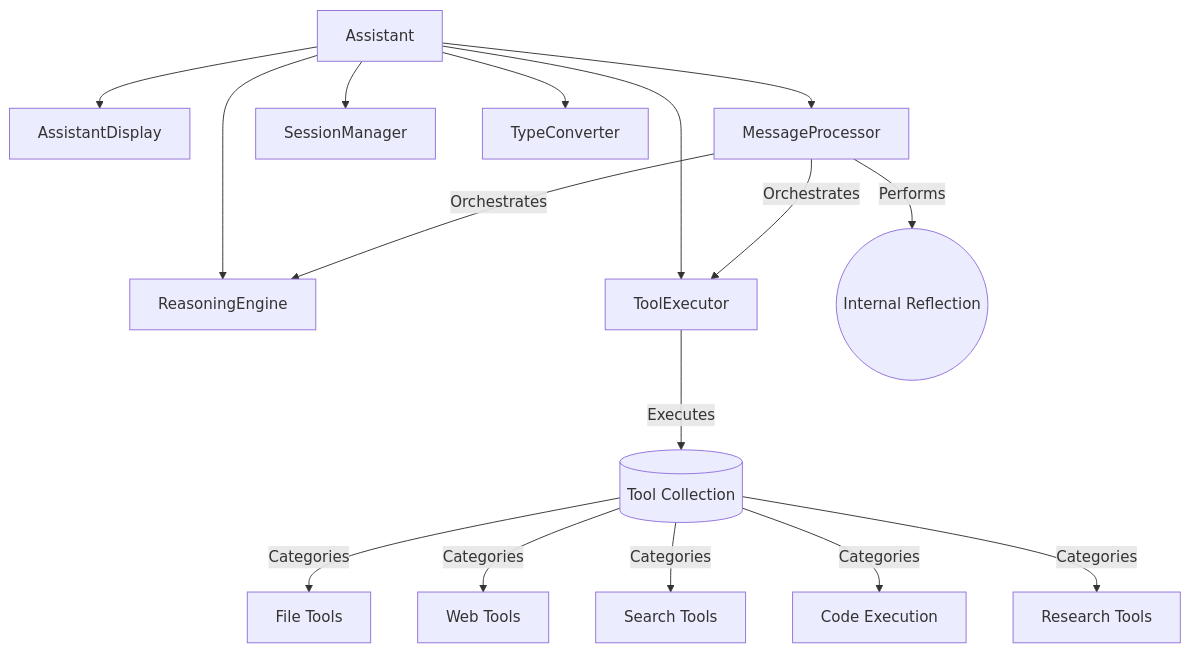
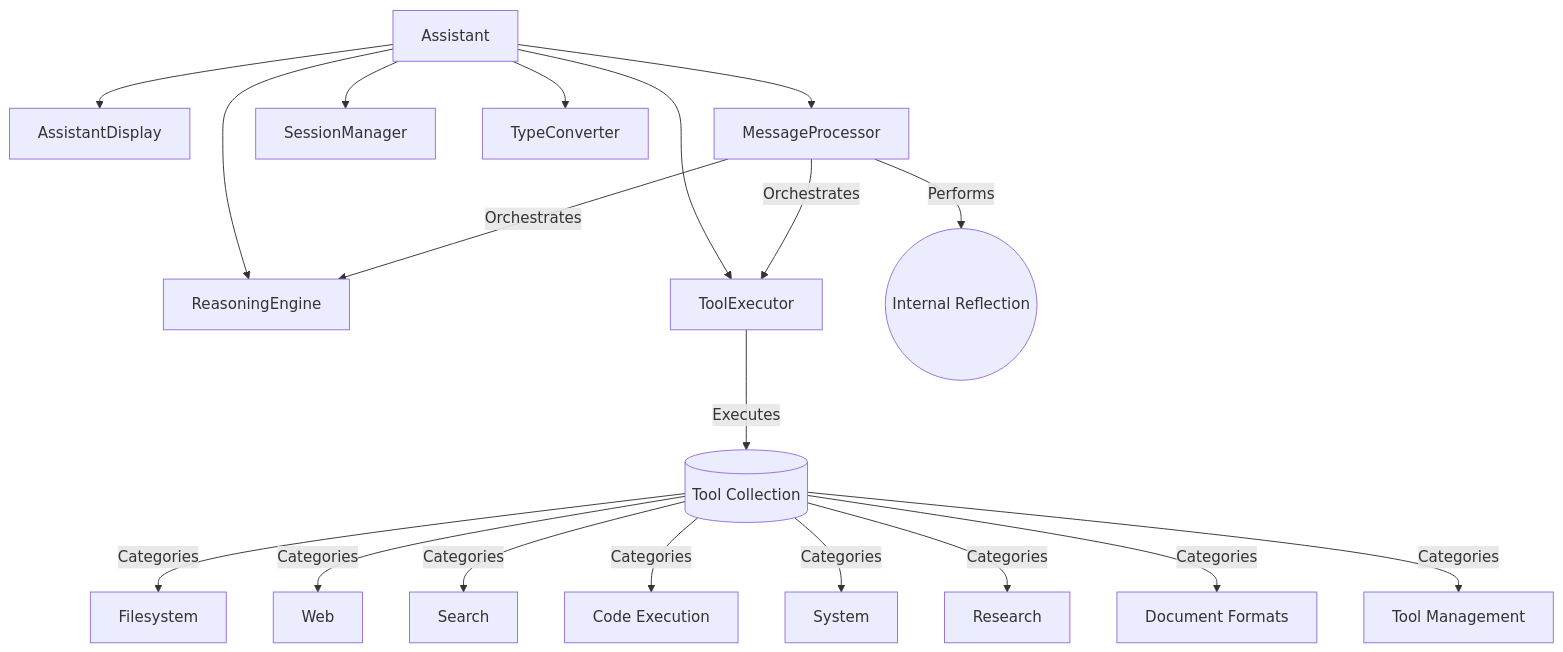
Before and after one commit to DragonL57/gem-assist-linux: the second of 3 diagrams in README.md, drawn with Mermaid. The commit also changed other lines of this file, not shown here.

````diff
--- a/README.md
+++ b/README.md
@@ -69,19 +70,22 @@
 ```mermaid
 graph TB
     Assistant[Assistant] --> Display[AssistantDisplay]
     Assistant --> Messaging[MessageProcessor]
     Assistant --> Reasoning[ReasoningEngine]
     Assistant --> ToolExec[ToolExecutor]
     Assistant --> Session[SessionManager]
     Assistant --> Converter[TypeConverter]
 
     Messaging --Orchestrates--> Reasoning
     Messaging --Orchestrates--> ToolExec
     Messaging --Performs--> Reflection((Internal Reflection))
     ToolExec --Executes--> Tools[(Tool Collection)]
-    Tools --Categories--> Files[File Tools]
-    Tools --Categories--> Web[Web Tools]
-    Tools --Categories--> Search[Search Tools]
+    Tools --Categories--> Files[Filesystem]
+    Tools --Categories--> Web[Web]
+    Tools --Categories--> Search[Search]
     Tools --Categories--> Code[Code Execution]
-    Tools --Categories--> Research[Research Tools]
+    Tools --Categories--> System[System]
+    Tools --Categories--> Research[Research]
+    Tools --Categories--> Docs[Document Formats]
+    Tools --Categories--> Mgmt[Tool Management]
 ```
````
